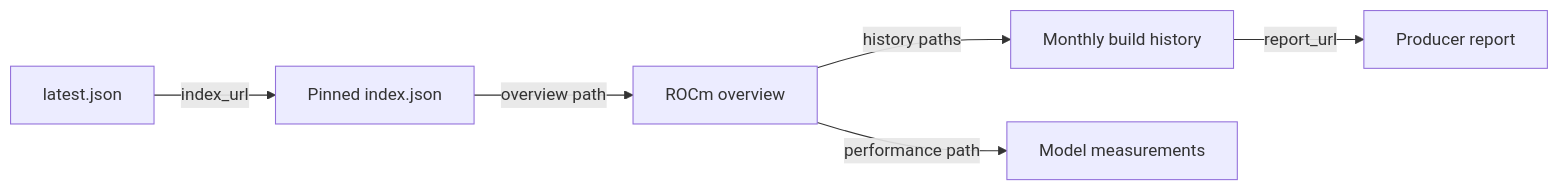
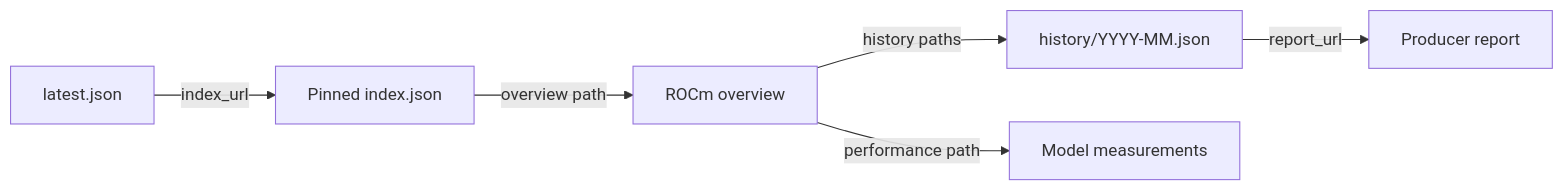
One commit to lemonade-sdk/rocm-readiness changed the second of 2 diagrams in docs/data-flow.md. Above: the diagram before and after it, drawn with Mermaid. The commit also changed other lines of this file and 2 other files, not shown here.

Commit message:
Define data-flow inputs, published files, and monthly history

````diff
--- a/docs/data-flow.md
+++ b/docs/data-flow.md
@@ -28,8 +37,8 @@
 ```mermaid
 flowchart LR
     Latest["latest.json"] -->|index_url| Index["Pinned index.json"]
     Index -->|overview path| Overview["ROCm overview"]
-    Overview -->|history paths| History["Monthly build history"]
+    Overview -->|history paths| History["history/YYYY-MM.json"]
     History -->|report_url| Report["Producer report"]
     Overview -->|performance path| Performance["Model measurements"]
 ```
````
